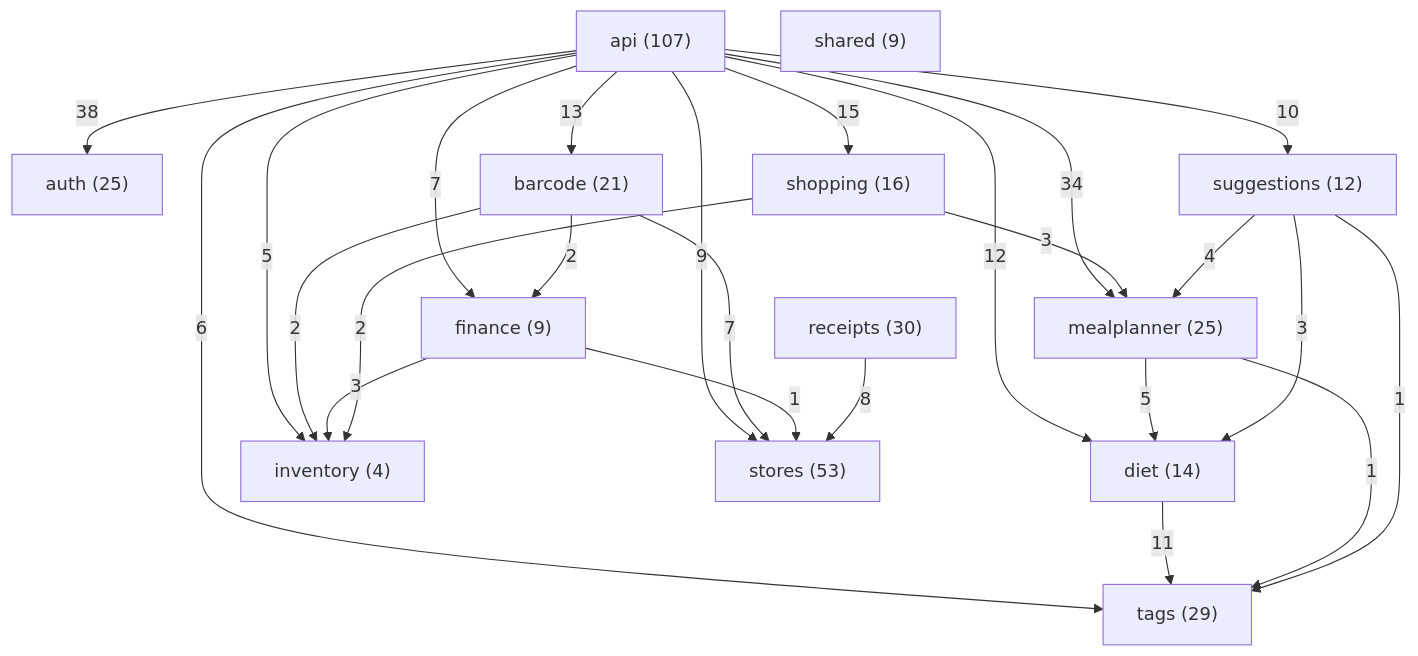
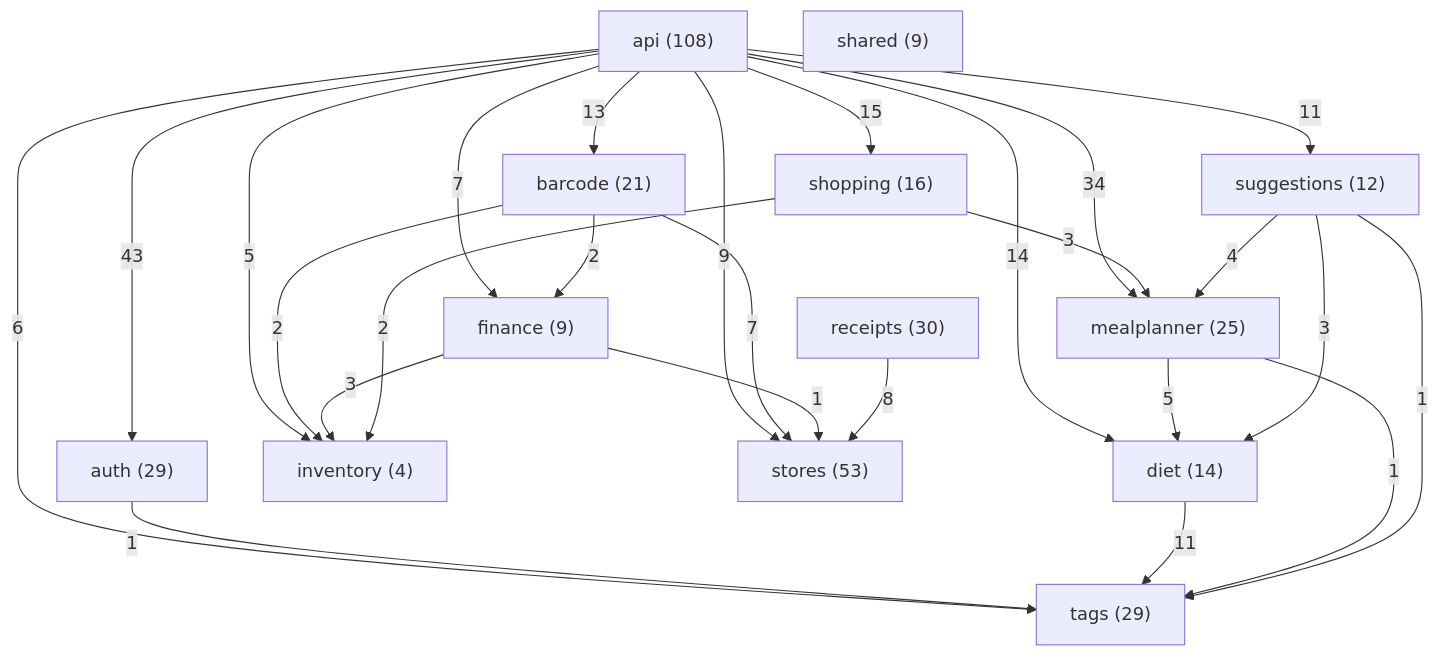
One commit to Nate-ryan-7690/dahaem changed the diagram in docs/classes/README.md. Above: the diagram before and after it, drawn with Mermaid. The commit also changed other lines of this file and 5 other files, not shown here.

````diff
--- a/docs/classes/README.md
+++ b/docs/classes/README.md
@@ -9,40 +9,41 @@
 ```mermaid
 flowchart TD
-    api["api (107)"]
-    auth["auth (25)"]
+    api["api (108)"]
+    auth["auth (29)"]
     barcode["barcode (21)"]
     diet["diet (14)"]
     finance["finance (9)"]
     inventory["inventory (4)"]
     mealplanner["mealplanner (25)"]
     receipts["receipts (30)"]
     shared["shared (9)"]
     shopping["shopping (16)"]
     stores["stores (53)"]
     suggestions["suggestions (12)"]
     tags["tags (29)"]
-    api -->|38| auth
+    api -->|43| auth
     api -->|13| barcode
-    api -->|12| diet
+    api -->|14| diet
     api -->|7| finance
     api -->|5| inventory
     api -->|34| mealplanner
     api -->|15| shopping
     api -->|9| stores
-    api -->|10| suggestions
+    api -->|11| suggestions
     api -->|6| tags
+    auth -->|1| tags
     barcode -->|2| finance
     barcode -->|2| inventory
     barcode -->|7| stores
     diet -->|11| tags
     finance -->|3| inventory
     finance -->|1| stores
     mealplanner -->|5| diet
     mealplanner -->|1| tags
     receipts -->|8| stores
     shopping -->|2| inventory
     shopping -->|3| mealplanner
     suggestions -->|3| diet
     suggestions -->|4| mealplanner
     suggestions -->|1| tags
 ```
````
